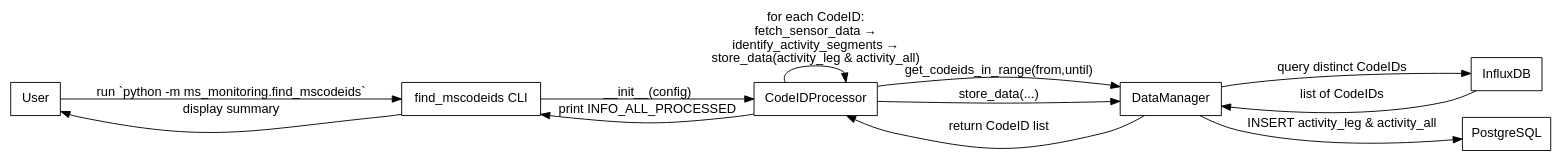
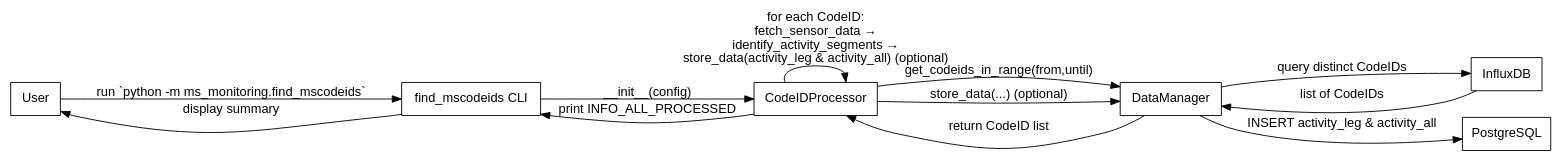
The diagram in docs/find_mscodeids.rst (MultipleSclerosisMonitoring/DPC_2024), drawn with Graphviz before and after one commit. The commit also changed other lines of this file and 14 other files, not shown here.

```diff
--- a/docs/find_mscodeids.rst
+++ b/docs/find_mscodeids.rst
@@ -12,38 +12,38 @@
 .. graphviz::
   :caption: Simplified Sequence for `find_mscodeids`
   :align: center
 
   digraph find_mscodeids_flow {
     rankdir=LR;
     graph [fontname="Helvetica"];
     node  [shape=box, fontname="Helvetica"];
     edge  [fontname="Helvetica"];
 
     // Actors and services
     User         [label="User"];
     CLI          [label="find_mscodeids CLI"];
     Proc         [label="CodeIDProcessor"];
     DataMgr      [label="DataManager"];
     InfluxDB     [label="InfluxDB"];
     PostgreSQL   [label="PostgreSQL"];
 
     // Main flow
     User      -> CLI       [label="run `python -m ms_monitoring.find_mscodeids`"];
     CLI       -> Proc      [label="__init__(config)"];
 
     Proc      -> DataMgr   [label="get_codeids_in_range(from,until)"];
     DataMgr   -> InfluxDB  [label="query distinct CodeIDs"];
     InfluxDB  -> DataMgr   [label="list of CodeIDs"];
     DataMgr   -> Proc      [label="return CodeID list"];
 
     // Process each CodeID
-    Proc      -> Proc      [label="for each CodeID:\nfetch_sensor_data →\nidentify_activity_segments →\nstore_data(activity_leg & activity_all)"];
+    Proc      -> Proc      [label="for each CodeID:\nfetch_sensor_data →\nidentify_activity_segments →\nstore_data(activity_leg & activity_all) (optional)"];
 
     // Storage to PostgreSQL
-    Proc      -> DataMgr   [label="store_data(...)"];
+    Proc      -> DataMgr   [label="store_data(...) (optional)"];
     DataMgr   -> PostgreSQL[label="INSERT activity_leg & activity_all"];
 
     // Finish up
     Proc      -> CLI       [label="print INFO_ALL_PROCESSED"];
     CLI       -> User      [label="display summary"];
   }
```
